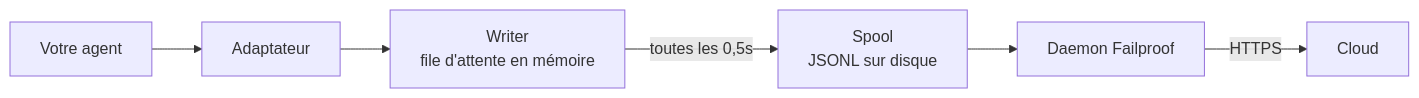
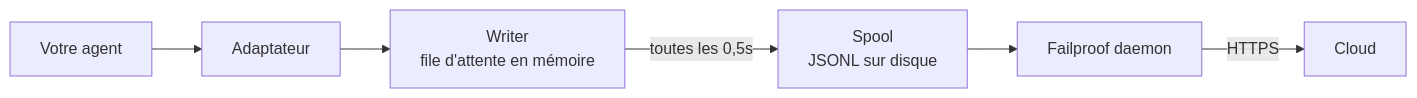
Before and after one commit to FailproofAI/failproofai: the second of 2 diagrams in docs/fr/start/integrations/custom-agents.mdx, drawn with Mermaid. The commit also changed other lines of this file and 13 other files, not shown here.

````diff
--- a/docs/fr/start/integrations/custom-agents.mdx
+++ b/docs/fr/start/integrations/custom-agents.mdx
@@ -615,8 +615,8 @@
 ```mermaid
 flowchart LR
     A["Votre agent"] --> B["Adaptateur"]
     B --> C["Writer<br/>file d'attente en mémoire"]
     C -->|"toutes les 0,5s"| D["Spool<br/>JSONL sur disque"]
-    D --> E["Daemon Failproof"]
+    D --> E["Failproof daemon"]
     E -->|"HTTPS"| F["Cloud"]
 ```
````
